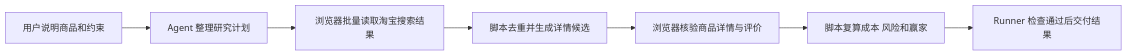
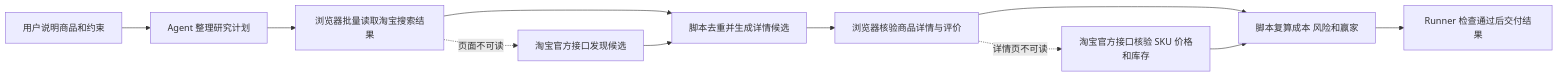
Before and after one commit to AIALRA-0/AIALRA-TAOBAO-PRICE-RESEARCH: the diagram in README.md, drawn with Mermaid. The commit also changed other lines of this file and 12 other files, not shown here.

````diff
--- a/README.md
+++ b/README.md
@@ -15,9 +15,13 @@
 ```mermaid
 flowchart LR
     A["用户说明商品和约束"] --> B["Agent 整理研究计划"]
     B --> C["浏览器批量读取淘宝搜索结果"]
-    C --> D["脚本去重并生成详情候选"]
-    D --> E["浏览器核验商品详情与评价"]
-    E --> F["脚本复算成本 风险和赢家"]
-    F --> G["Runner 检查通过后交付结果"]
+    C -. "页面不可读" .-> D["淘宝官方接口发现候选"]
+    C --> E["脚本去重并生成详情候选"]
+    D --> E
+    E --> F["浏览器核验商品详情与评价"]
+    F -. "详情页不可读" .-> G["淘宝官方接口核验 SKU 价格和库存"]
+    F --> H["脚本复算成本 风险和赢家"]
+    G --> H
+    H --> I["Runner 检查通过后交付结果"]
 ```
````
